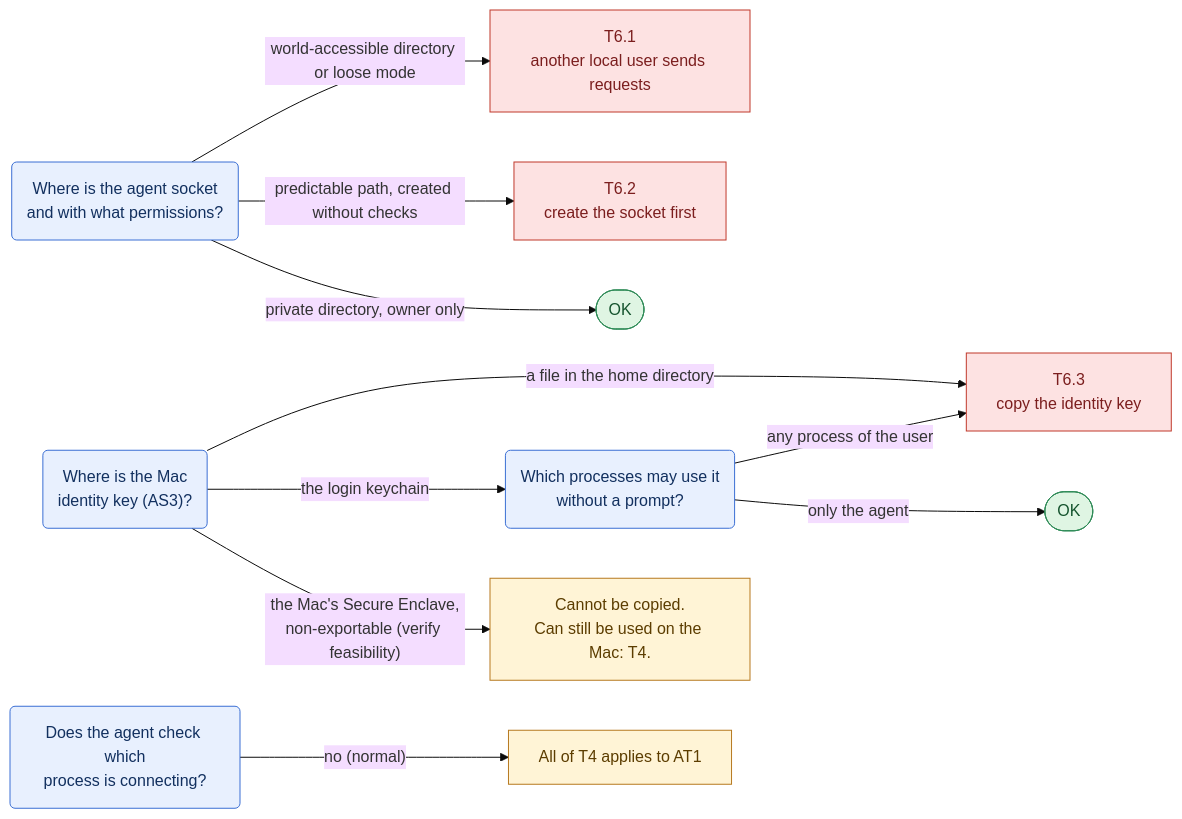
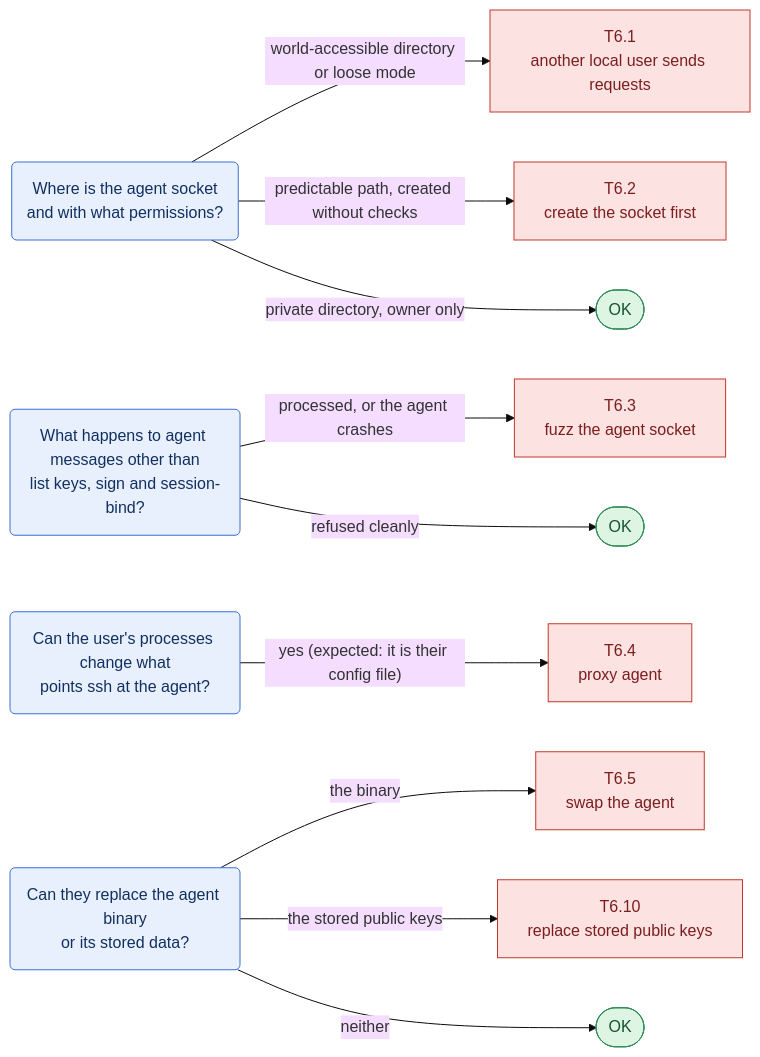
Before and after one commit to Samylay/sentry-key: diagram 14 of 17 in docs/red-team/README.md, drawn with Mermaid (base theme). The commit also changed other lines of this file and 1 other file, not shown here.

First line of the commit message:
Align red team guide with docs/ARCHITECTURE.md (prompt P-007)

````diff
--- a/docs/red-team/README.md
+++ b/docs/red-team/README.md
@@ -599,20 +570,20 @@
 ```mermaid
 flowchart LR
   classDef q fill:#e8f0fe,stroke:#3b6fd4,color:#12305f
   classDef atk fill:#fde2e2,stroke:#c0392b,color:#7b1e1e
   classDef ok fill:#dff5e3,stroke:#2e8b57,color:#14532d
   classDef note fill:#fff4d6,stroke:#b7791f,color:#5c3d00
   q1("Where is the agent socket<br/>and with what permissions?"):::q
-  q2("Does the agent check which<br/>process is connecting?"):::q
-  q3("Where is the Mac<br/>identity key (AS3)?"):::q
-  q4("Which processes may use it<br/>without a prompt?"):::q
+  q2("What happens to agent messages other than<br/>list keys, sign and session-bind?"):::q
+  q3("Can the user's processes change what<br/>points ssh at the agent?"):::q
+  q4("Can they replace the agent binary<br/>or its stored data?"):::q
   q1 -->|"world-accessible directory or loose mode"| a1["T6.1<br/>another local user sends requests"]:::atk
   q1 -->|"predictable path, created without checks"| a2["T6.2<br/>create the socket first"]:::atk
   q1 -->|"private directory, owner only"| ok1(["OK"]):::ok
-  q2 -->|"no (normal)"| n1["All of T4 applies to AT1"]:::note
-  q3 -->|"a file in the home directory"| a3["T6.3<br/>copy the identity key"]:::atk
-  q3 -->|"the login keychain"| q4
-  q3 -->|"the Mac's Secure Enclave,<br/>non-exportable (verify feasibility)"| n2["Cannot be copied.<br/>Can still be used on the Mac: T4."]:::note
-  q4 -->|"any process of the user"| a3
-  q4 -->|"only the agent"| ok2(["OK"]):::ok
+  q2 -->|"processed, or the agent crashes"| a3["T6.3<br/>fuzz the agent socket"]:::atk
+  q2 -->|"refused cleanly"| ok2(["OK"]):::ok
+  q3 -->|"yes (expected: it is their config file)"| a4["T6.4<br/>proxy agent"]:::atk
+  q4 -->|"the binary"| a5["T6.5<br/>swap the agent"]:::atk
+  q4 -->|"the stored public keys"| a10["T6.10<br/>replace stored public keys"]:::atk
+  q4 -->|"neither"| ok3(["OK"]):::ok
 ```
````
